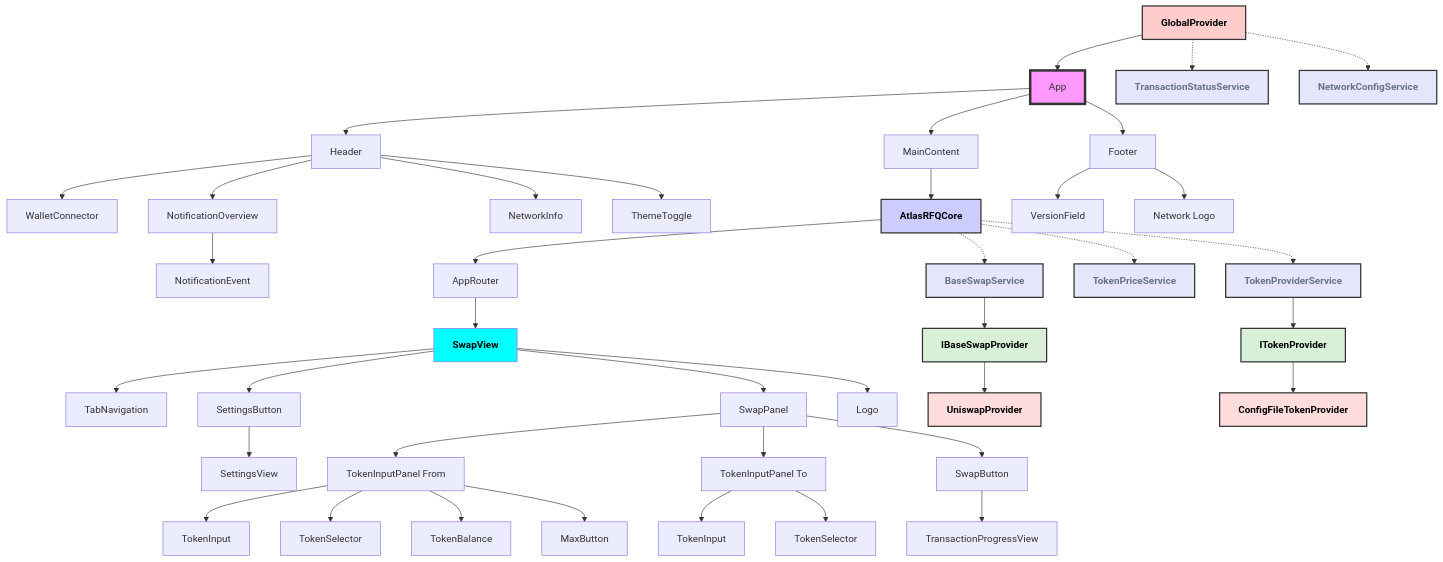
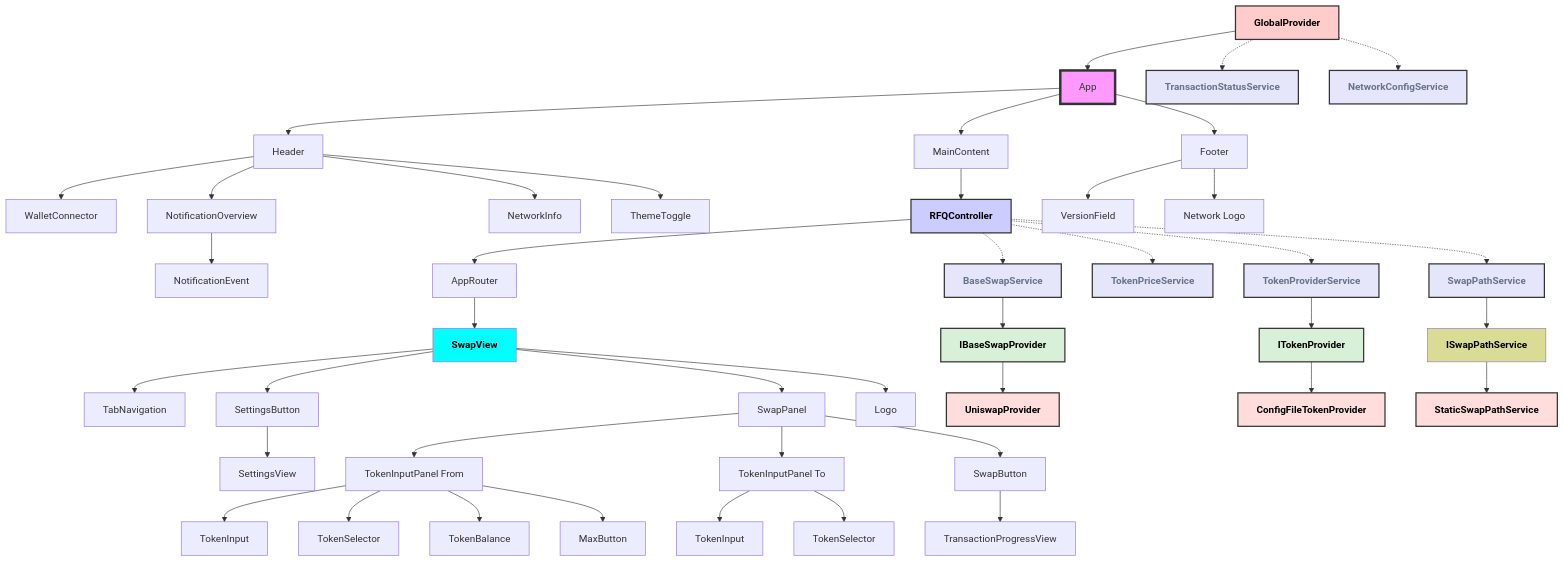
Before and after one commit to FastLane-Labs/shMonad-frontend: the sixth of 6 diagrams in docs/overview.md, drawn with Mermaid. The commit also changed other lines of this file, not shown here.

Commit message:
docs: update front-end flow with RFQController

```diff
--- a/docs/overview.md
+++ b/docs/overview.md
@@ -244,7 +260,7 @@
 
     F --> T[NotificationEvent]
 
-    C --> G[AtlasRFQCore]
+    C --> G[RFQController]
 
     G --> Ja[AppRouter]
 
@@ -252,6 +268,7 @@
     G -.-> V[BaseSwapService]
     G -.-> W[TokenPriceService]
     G -.-> R[TokenProviderService]
+    G -.-> SP[SwapPathService]
 
     J --> L[TabNavigation]
     J --> M[SwapPanel]
@@ -279,6 +296,9 @@
     R --> S1[ITokenProvider]
     S1 --> AA[ConfigFileTokenProvider]
 
+    SP --> SPI[ISwapPathService]
+    SPI --> SSP[StaticSwapPathService]
+
     D --> BB[VersionField]
     D --> CC[Network Logo]
 
@@ -288,12 +308,14 @@
     style V fill:#e6e6fa,stroke:#333,stroke-width:2px
     style W fill:#e6e6fa,stroke:#333,stroke-width:2px
     style R fill:#e6e6fa,stroke:#333,stroke-width:2px
+    style SP fill:#e6e6fa,stroke:#333,stroke-width:2px
     style U fill:#e6e6fa,stroke:#333,stroke-width:2px
     style DD fill:#e6e6fa,stroke:#333,stroke-width:2px
     style X fill:#d8f0d8,stroke:#333,stroke-width:2px
     style S1 fill:#d8f0d8,stroke:#333,stroke-width:2px
     style Y fill:#fdd,stroke:#333,stroke-width:2px
     style AA fill:#fdd,stroke:#333,stroke-width:2px
+    style SSP fill:#fdd,stroke:#333,stroke-width:2px
 
     classDef swapInterfaceText fill:#0fff,color:#000000,font-weight:bold
     class J swapInterfaceText
@@ -302,13 +324,13 @@
     class G atlasRFQCoreText
 
     classDef interfacesText fill:#dadb95,color:#000000,font-weight:bold
-    class S1,X interfacesText
+    class S1,X,SPI interfacesText
 
     classDef providerText fill:#c28894,color:#000000,font-weight:bold
-    class Y,Z,AA providerText
+    class Y,AA,SSP providerText
 
     classDef serviceText fill:#eef075,color:#677387,font-weight:bold
-    class V,W,R,U,DD serviceText
+    class V,W,R,SP,U,DD serviceText
 
     classDef globalProviderText fill:#ffcccc,color:#000000,font-weight:bold
     class GP globalProviderText
```
